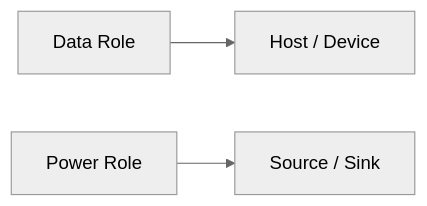
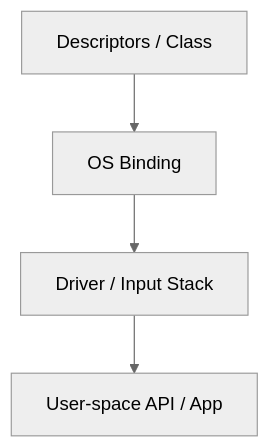
The seventh of 13 diagrams in books/usb-from-spec/figures-final.md (goura32/techbook), drawn with Mermaid (neutral theme) before and after one commit. The commit also changed other lines of this file and 38 other files, not shown here.

````diff
--- a/books/usb-from-spec/figures-final.md
+++ b/books/usb-from-spec/figures-final.md
@@ -86,5 +122,6 @@
 ```mermaid
-flowchart LR
-  A["Data Role"] --> B["Host / Device"]
-  C["Power Role"] --> D["Source / Sink"]
+flowchart TD
+  A["Descriptors / Class"] --> B["OS Binding"]
+  B --> C["Driver / Input Stack"]
+  C --> D["User-space API / App"]
 ```
````
